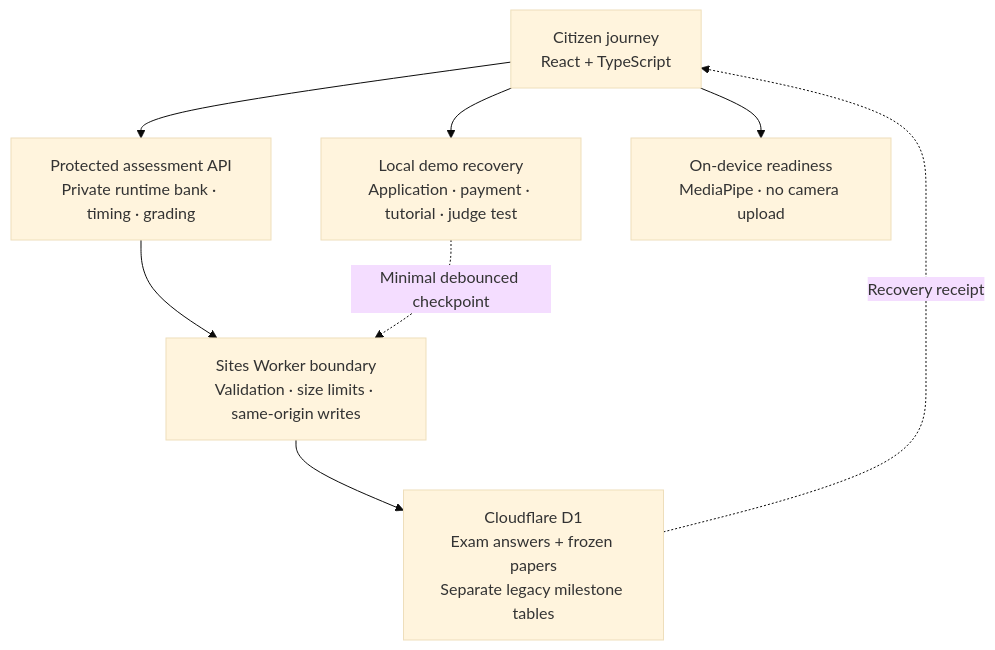
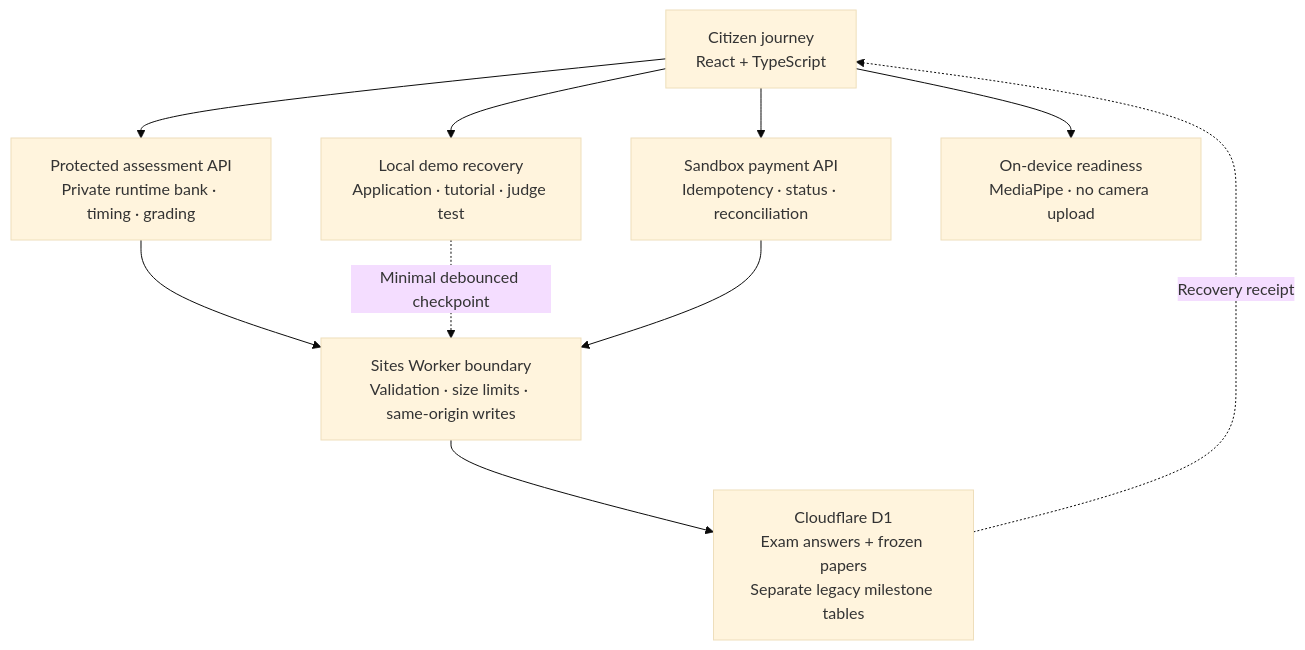
The diagram in README.md (EruditeCoder108/LicenseFlow), drawn with Mermaid (base theme) before and after one commit. The commit also changed other lines of this file and 18 other files, not shown here.

````diff
--- a/README.md
+++ b/README.md
@@ -76,17 +78,20 @@
 ```mermaid
 flowchart TD
     Citizen["Citizen journey<br/>React + TypeScript"]
-    State["Local demo recovery<br/>Application · payment · tutorial · judge test"]
+    State["Local demo recovery<br/>Application · tutorial · judge test"]
+    Payment["Sandbox payment API<br/>Idempotency · status · reconciliation"]
     Assessment["Protected assessment API<br/>Private runtime bank · timing · grading"]
     Vision["On-device readiness<br/>MediaPipe · no camera upload"]
     Worker["Sites Worker boundary<br/>Validation · size limits · same-origin writes"]
     D1["Cloudflare D1<br/>Exam answers + frozen papers<br/>Separate legacy milestone tables"]
 
     Citizen --> State
     Citizen --> Assessment
+    Citizen --> Payment
     Assessment --> Worker
     Citizen --> Vision
     State -. "Minimal debounced checkpoint" .-> Worker
+    Payment --> Worker
     Worker --> D1
     D1 -. "Recovery receipt" .-> Citizen
 ```
````
